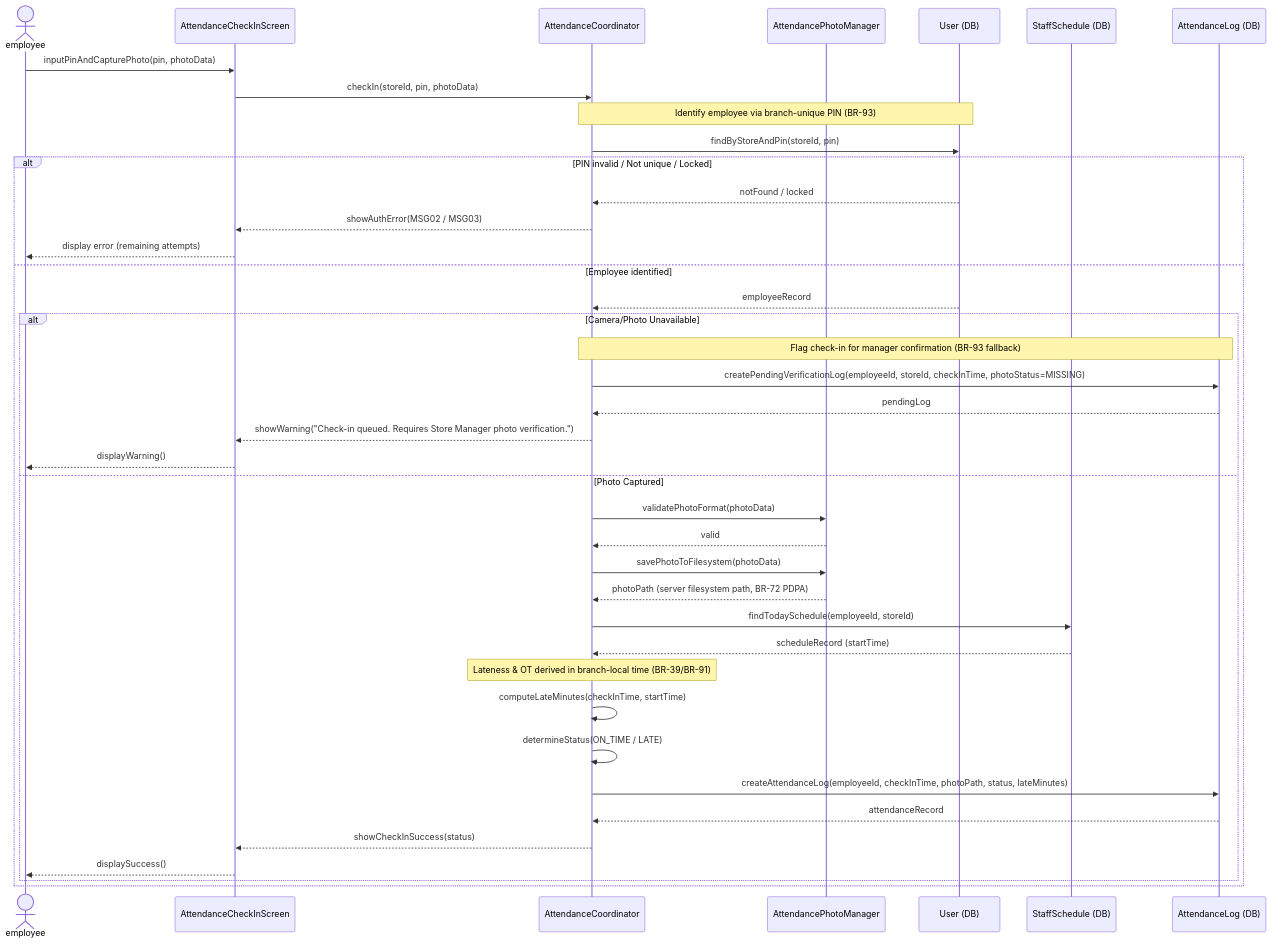
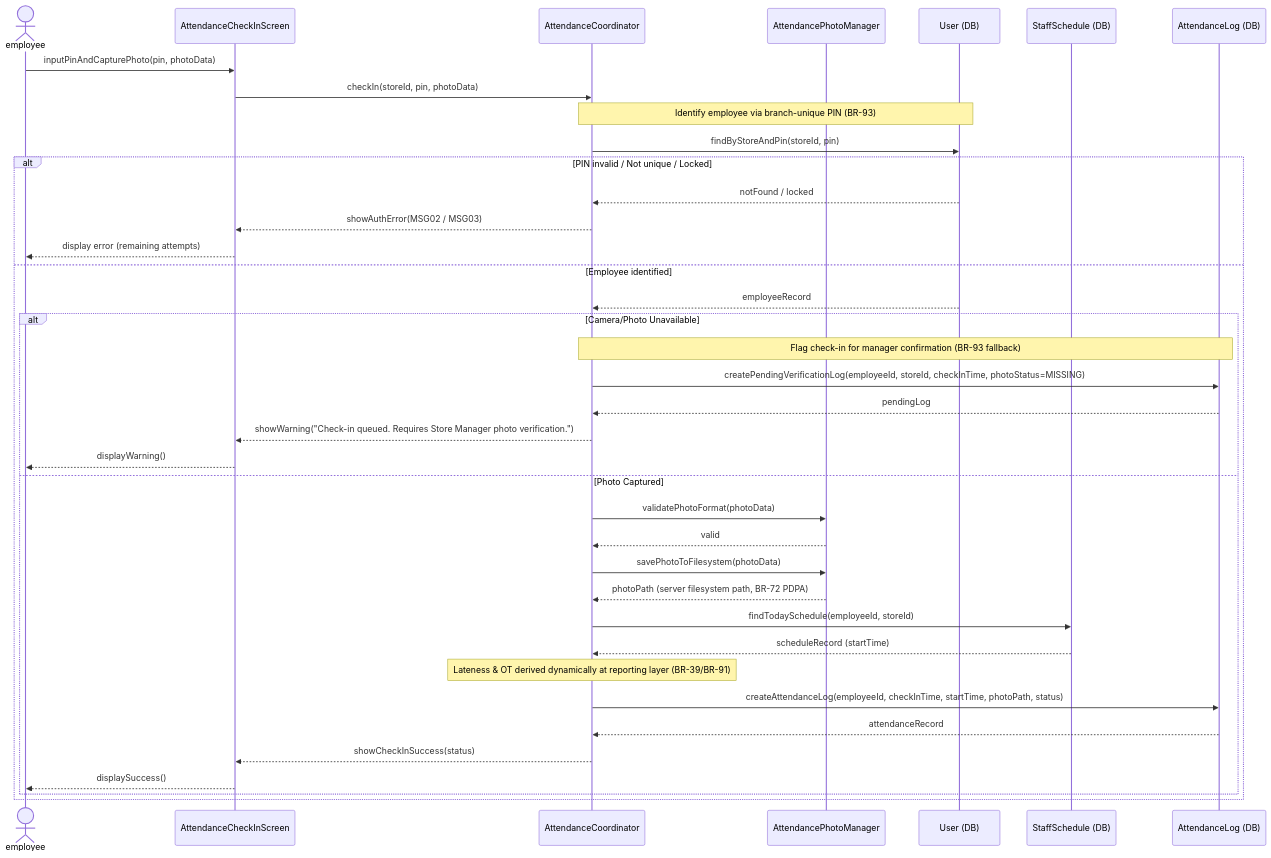
The third of 5 diagrams in rds_sections/12_detailed_3_9_staff_management.md (Shaichi/Khoga_coffe_shop), drawn with Mermaid before and after one commit. The commit also changed other lines of this file and 3 other files, not shown here.

Commit message:
docs: remove lateness_minutes, add scheduled_start and shift_start/end times to database, and update ORDER statechart

````diff
--- a/rds_sections/12_detailed_3_9_staff_management.md
+++ b/rds_sections/12_detailed_3_9_staff_management.md
@@ -170,49 +170,46 @@
 ```mermaid
 sequenceDiagram
     actor employee
     participant CheckInScreen as AttendanceCheckInScreen
     participant AttendCoord as AttendanceCoordinator
     participant PhotoMgr as AttendancePhotoManager
     participant UserDB as User (DB)
     participant ScheduleDB as StaffSchedule (DB)
     participant AttendDB as AttendanceLog (DB)
 
     employee->>CheckInScreen: inputPinAndCapturePhoto(pin, photoData)
     CheckInScreen->>AttendCoord: checkIn(storeId, pin, photoData)
     
     Note over AttendCoord, UserDB: Identify employee via branch-unique PIN (BR-93)
     AttendCoord->>UserDB: findByStoreAndPin(storeId, pin)
     
     alt PIN invalid / Not unique / Locked
         UserDB-->>AttendCoord: notFound / locked
         AttendCoord-->>CheckInScreen: showAuthError(MSG02 / MSG03)
         CheckInScreen-->>employee: display error (remaining attempts)
     else Employee identified
         UserDB-->>AttendCoord: employeeRecord
         
         alt Camera/Photo Unavailable
             Note over AttendCoord, AttendDB: Flag check-in for manager confirmation (BR-93 fallback)
             AttendCoord->>AttendDB: createPendingVerificationLog(employeeId, storeId, checkInTime, photoStatus=MISSING)
             AttendDB-->>AttendCoord: pendingLog
             AttendCoord-->>CheckInScreen: showWarning("Check-in queued. Requires Store Manager photo verification.")
             CheckInScreen-->>employee: displayWarning()
         else Photo Captured
             AttendCoord->>PhotoMgr: validatePhotoFormat(photoData)
             PhotoMgr-->>AttendCoord: valid
             AttendCoord->>PhotoMgr: savePhotoToFilesystem(photoData)
             PhotoMgr-->>AttendCoord: photoPath (server filesystem path, BR-72 PDPA)
             
             AttendCoord->>ScheduleDB: findTodaySchedule(employeeId, storeId)
             ScheduleDB-->>AttendCoord: scheduleRecord (startTime)
             
-            Note over AttendCoord: Lateness & OT derived in branch-local time (BR-39/BR-91)
-            AttendCoord->>AttendCoord: computeLateMinutes(checkInTime, startTime)
-            AttendCoord->>AttendCoord: determineStatus(ON_TIME / LATE)
-            
-            AttendCoord->>AttendDB: createAttendanceLog(employeeId, checkInTime, photoPath, status, lateMinutes)
+            Note over AttendCoord: Lateness & OT derived dynamically at reporting layer (BR-39/BR-91)
+            AttendCoord->>AttendDB: createAttendanceLog(employeeId, checkInTime, startTime, photoPath, status)
             AttendDB-->>AttendCoord: attendanceRecord
             AttendCoord-->>CheckInScreen: showCheckInSuccess(status)
             CheckInScreen-->>employee: displaySuccess()
         end
     end
 ```
````
